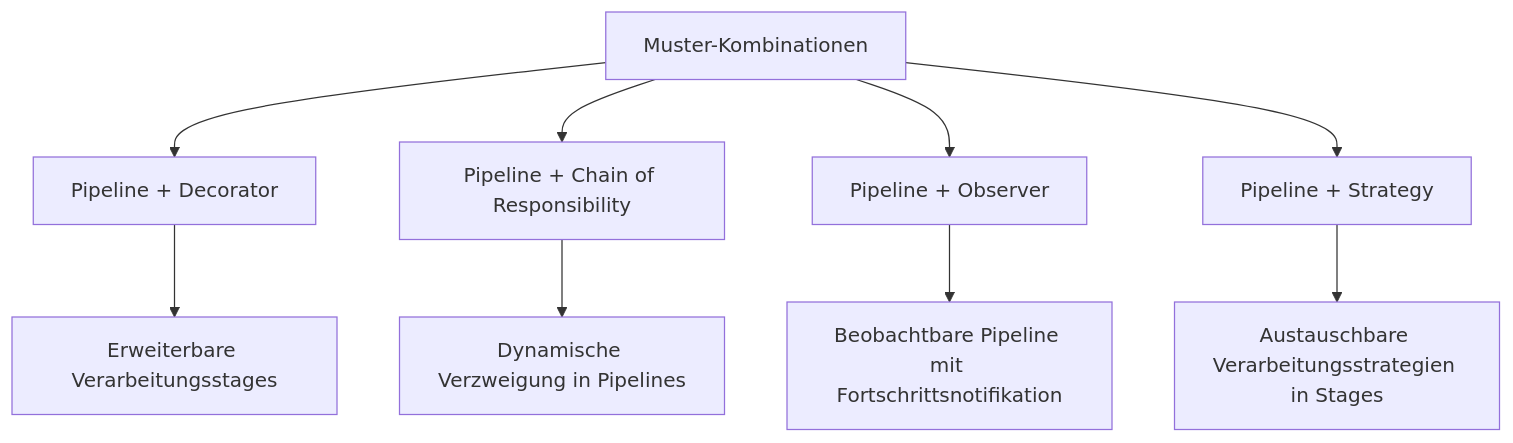
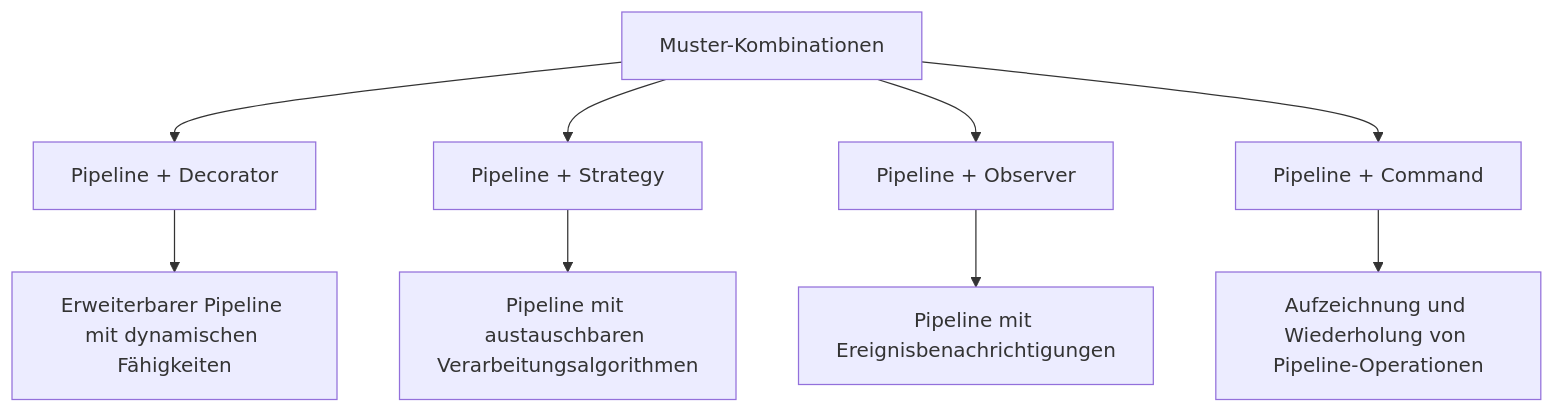
One commit to scimbe/VS_Pattern_By_KI changed the eighth of 13 diagrams in Pipeline/docs/PATTERNS_COMPARISON.md. Above: the diagram before and after it, drawn with Mermaid. The commit also changed other lines of this file and 19 other files, not shown here.

````diff
--- a/Pipeline/docs/PATTERNS_COMPARISON.md
+++ b/Pipeline/docs/PATTERNS_COMPARISON.md
@@ -156,12 +157,12 @@
 ```mermaid
 graph TD
     A[Muster-Kombinationen] --> B[Pipeline + Decorator]
-    A --> C[Pipeline + Chain of Responsibility]
+    A --> C[Pipeline + Strategy]
     A --> D[Pipeline + Observer]
-    A --> E[Pipeline + Strategy]
+    A --> E[Pipeline + Command]
     
-    B --> B1[Erweiterbare Verarbeitungsstages]
-    C --> C1[Dynamische Verzweigung in Pipelines]
-    D --> D1[Beobachtbare Pipeline mit Fortschrittsnotifikation]
-    E --> E1[Austauschbare Verarbeitungsstrategien in Stages]
+    B --> B1[Erweiterbarer Pipeline mit dynamischen Fähigkeiten]
+    C --> C1[Pipeline mit austauschbaren Verarbeitungsalgorithmen]
+    D --> D1[Pipeline mit Ereignisbenachrichtigungen]
+    E --> E1[Aufzeichnung und Wiederholung von Pipeline-Operationen]
 ```
````
